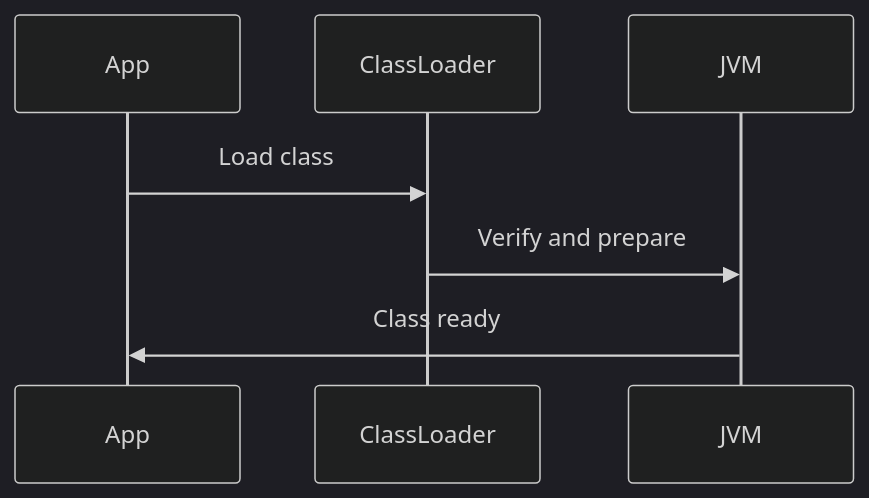
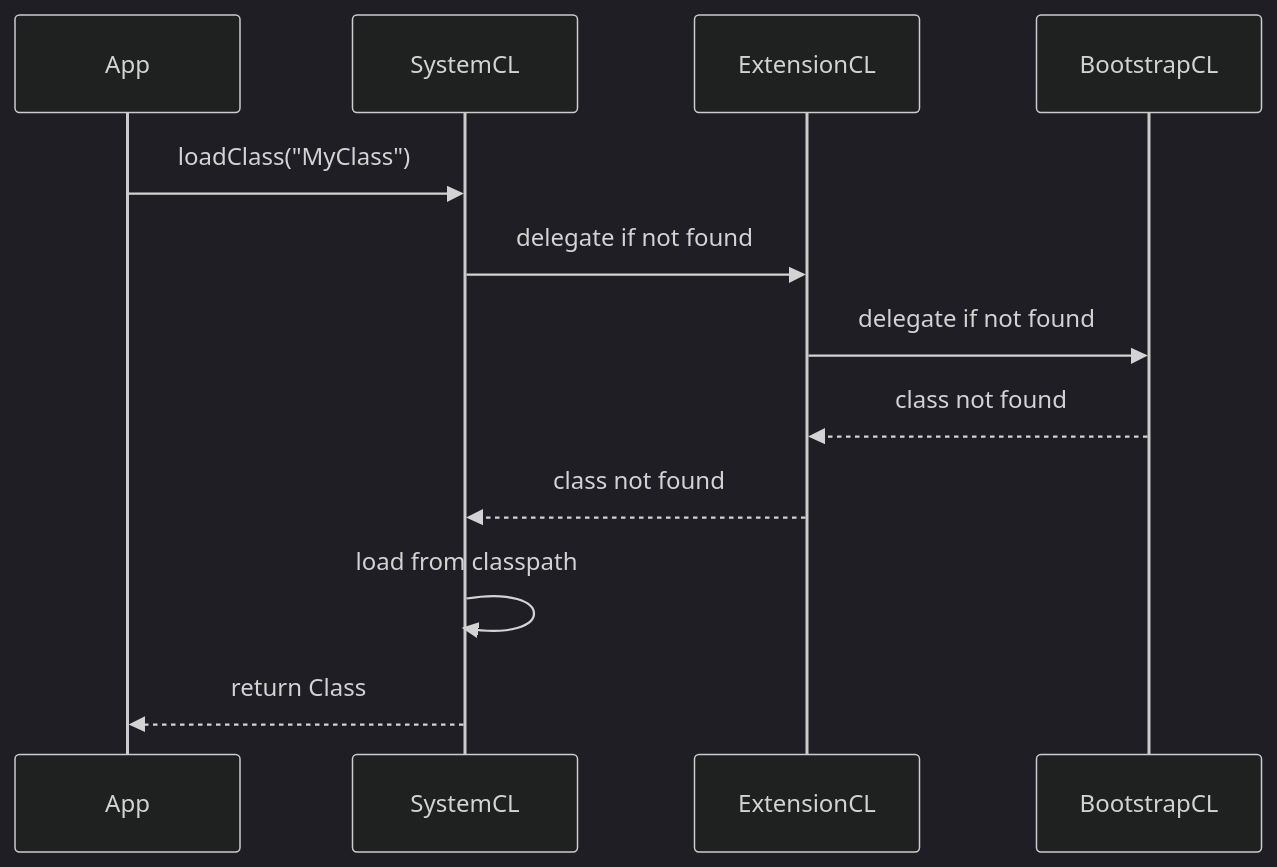
Before and after one commit to VrushankPatel/interview-matters: the diagram in java/jvm-internals-and-classloading/README.md, drawn with Mermaid (dark theme). The commit also changed other lines of this file and 8 other files, not shown here.

````diff
--- a/java/jvm-internals-and-classloading/README.md
+++ b/java/jvm-internals-and-classloading/README.md
@@ -84,9 +118,15 @@
 ```mermaid
 sequenceDiagram
     participant App
-    participant ClassLoader
-    participant JVM
-    App->>ClassLoader: Load class
-    ClassLoader->>JVM: Verify and prepare
-    JVM->>App: Class ready
+    participant SystemCL
+    participant ExtensionCL
+    participant BootstrapCL
+
+    App->>SystemCL: loadClass("MyClass")
+    SystemCL->>ExtensionCL: delegate if not found
+    ExtensionCL->>BootstrapCL: delegate if not found
+    BootstrapCL-->>ExtensionCL: class not found
+    ExtensionCL-->>SystemCL: class not found
+    SystemCL->>SystemCL: load from classpath
+    SystemCL-->>App: return Class
 ```
````
